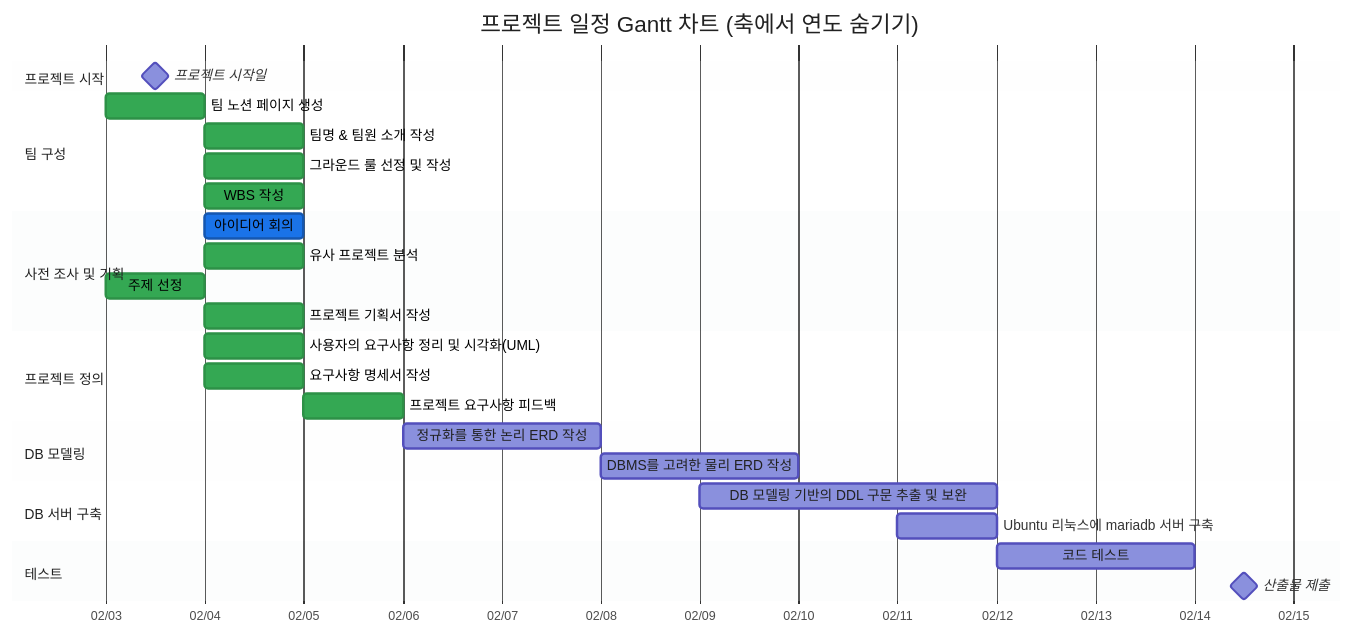
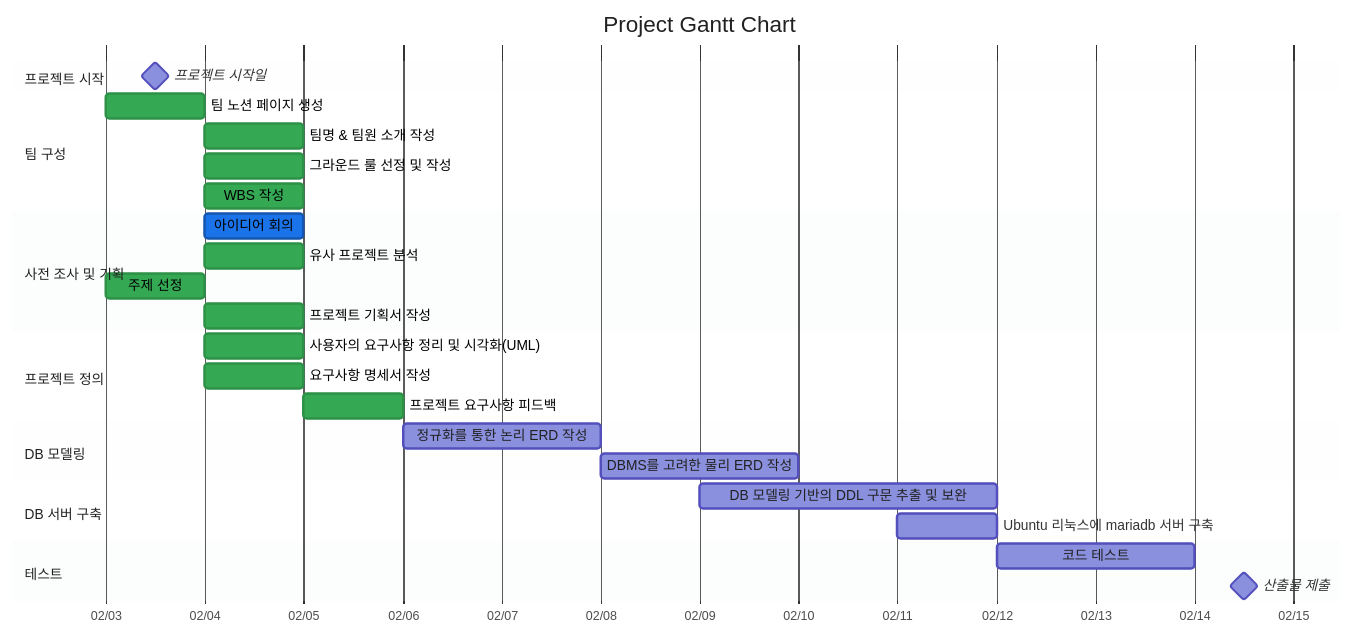
The diagram in gannt.md (64etuor/beyond15th-project-preparation), drawn with Mermaid before and after one commit.

````diff
--- a/gannt.md
+++ b/gannt.md
@@ -3,59 +3,59 @@
 ```mermaid
 %%{init: {
   'theme': 'default',
   'themeVariables': {
     'primaryColor': '#4285f4',
     'primaryTextColor': '#fff',
     'primaryBorderColor': '#4285f4',
     'lineColor': '#9e9e9e',
     'textColor': '#212121',
     'taskTextColor': '#212121',
     'taskTextOutsideColor': '#333',
     'sectionBkgColor': '#f8f9fa',
     'sectionBkgColor2': '#f1f3f4',
     'activeTaskBkgColor': '#34a853',
     'activeTaskBorderColor': '#2d9147',
     'doneTaskBkgColor': '#1a73e8',
     'doneTaskBorderColor': '#1557b0',
     'gridColor': '#e0e0e0',
     'todayLineColor': '#ea4335'
   }
 }}%%
 
 gantt
 dateFormat  YYYY-MM-DD
 axisFormat  %m/%d
-title 프로젝트 일정 Gantt 차트 (축에서 연도 숨기기)
+title Project Gantt Chart
 
 section 프로젝트 시작
 프로젝트 시작일 :milestone, m1, 2025-02-03, 1d
 
 section 팀 구성
 팀 노션 페이지 생성       :active, 2025-02-03, 1d
 팀명 & 팀원 소개 작성     :active, 2025-02-04, 1d
 그라운드 룰 선정 및 작성  :active, 2025-02-04, 1d
 WBS 작성                :active, 2025-02-04, 1d
 
 section 사전 조사 및 기획
 아이디어 회의            :done, 2025-02-04, 1d
 유사 프로젝트 분석       :active, 2025-02-04, 1d
 주제 선정               :active, 2025-02-03, 1d
 프로젝트 기획서 작성     :active, 2025-02-04, 1d
 
 section 프로젝트 정의
 사용자의 요구사항 정리 및 시각화(UML) :active, 2025-02-04, 1d
 요구사항 명세서 작성                 :active, 2025-02-04, 1d
 프로젝트 요구사항 피드백            :active, 2025-02-05, 1d
 
 section DB 모델링
 정규화를 통한 논리 ERD 작성          :2025-02-06, 2025-02-08
 DBMS를 고려한 물리 ERD 작성         :2025-02-08, 2025-02-10
 
 section DB 서버 구축
 DB 모델링 기반의 DDL 구문 추출 및 보완 :2025-02-09, 2025-02-12
 Ubuntu 리눅스에 mariadb 서버 구축     :2025-02-11, 2025-02-12
 
 section 테스트
 코드 테스트                  :2025-02-12, 2025-02-14
 산출물 제출             :milestone, m2, 2025-02-14, 1d
 ```
````
